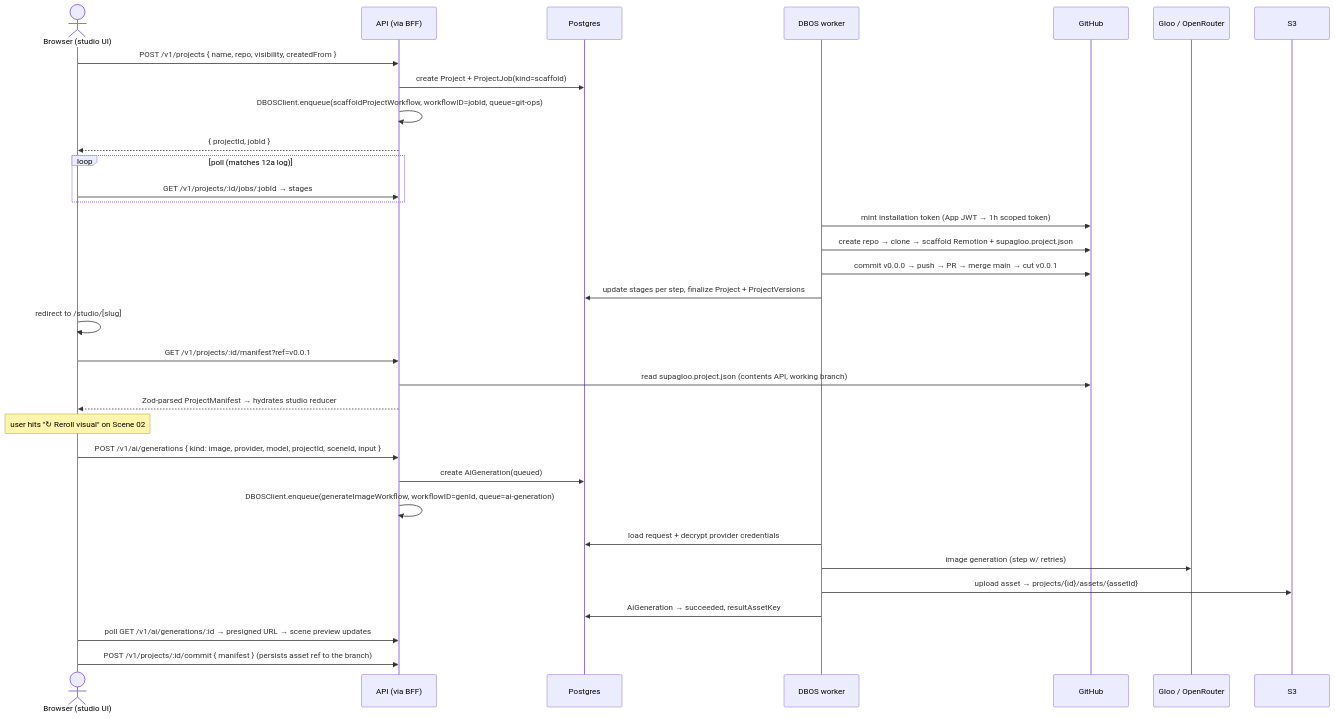
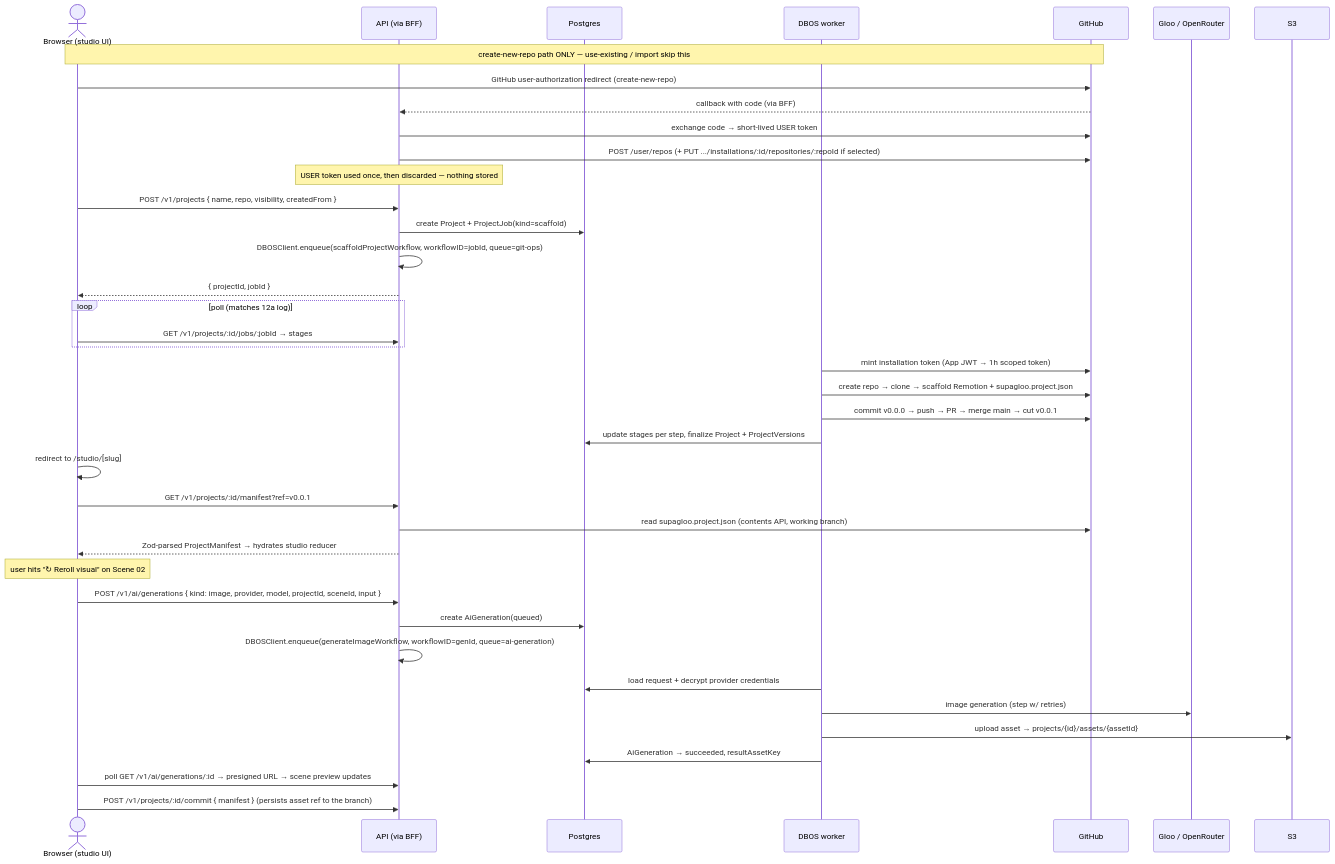
Before and after one commit to ashtable/supagloo: the fourth of 6 diagrams in docs/design-delta.md, drawn with Mermaid. The commit also changed other lines of this file and 3 other files, not shown here.

````diff
--- a/docs/design-delta.md
+++ b/docs/design-delta.md
@@ -706,38 +764,45 @@
 ```mermaid
 sequenceDiagram
     actor U as Browser (studio UI)
     participant A as API (via BFF)
     participant DB as Postgres
     participant W as DBOS worker
     participant GH as GitHub
     participant LLM as Gloo / OpenRouter
     participant S3 as S3
+
+    Note over U,GH: create-new-repo path ONLY — use-existing / import skip this
+    U->>GH: GitHub user-authorization redirect (create-new-repo)
+    GH-->>A: callback with code (via BFF)
+    A->>GH: exchange code → short-lived USER token
+    A->>GH: POST /user/repos (+ PUT .../installations/:id/repositories/:repoId if selected)
+    Note over A: USER token used once, then discarded — nothing stored
 
     U->>A: POST /v1/projects { name, repo, visibility, createdFrom }
     A->>DB: create Project + ProjectJob(kind=scaffold)
     A->>A: DBOSClient.enqueue(scaffoldProjectWorkflow, workflowID=jobId, queue=git-ops)
     A-->>U: { projectId, jobId }
     loop poll (matches 12a log)
         U->>A: GET /v1/projects/:id/jobs/:jobId → stages
     end
     W->>GH: mint installation token (App JWT → 1h scoped token)
     W->>GH: create repo → clone → scaffold Remotion + supagloo.project.json
     W->>GH: commit v0.0.0 → push → PR → merge main → cut v0.0.1
     W->>DB: update stages per step, finalize Project + ProjectVersions
     U->>U: redirect to /studio/[slug]
 
     U->>A: GET /v1/projects/:id/manifest?ref=v0.0.1
     A->>GH: read supagloo.project.json (contents API, working branch)
     A-->>U: Zod-parsed ProjectManifest → hydrates studio reducer
 
     Note over U: user hits "↻ Reroll visual" on Scene 02
     U->>A: POST /v1/ai/generations { kind: image, provider, model, projectId, sceneId, input }
     A->>DB: create AiGeneration(queued)
     A->>A: DBOSClient.enqueue(generateImageWorkflow, workflowID=genId, queue=ai-generation)
     W->>DB: load request + decrypt provider credentials
     W->>LLM: image generation (step w/ retries)
     W->>S3: upload asset → projects/{id}/assets/{assetId}
     W->>DB: AiGeneration → succeeded, resultAssetKey
     U->>A: poll GET /v1/ai/generations/:id → presigned URL → scene preview updates
     U->>A: POST /v1/projects/:id/commit { manifest } (persists asset ref to the branch)
 ```
````
